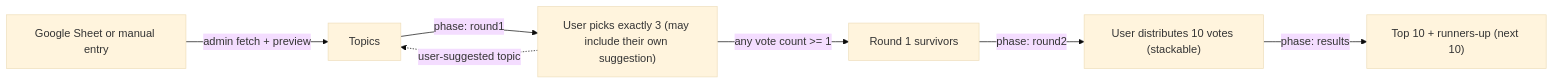
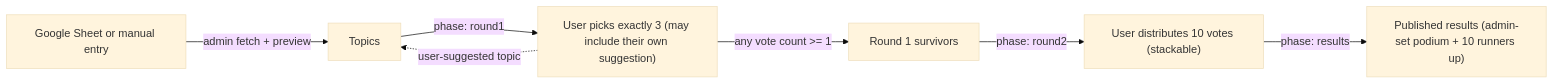
One commit to cgarren/music-league-voting changed the first of 2 diagrams in README.md. Above: the diagram before and after it, drawn with Mermaid (base theme). The commit also changed other lines of this file and 13 other files, not shown here.

````diff
--- a/README.md
+++ b/README.md
@@ -29,9 +31,9 @@
 ```mermaid
 flowchart LR
   Sheet[Google Sheet or manual entry] -->|admin fetch + preview| Topics
   R1Vote -.->|user-suggested topic| Topics
   Topics -->|phase: round1| R1Vote["User picks exactly 3 (may include their own suggestion)"]
   R1Vote -->|any vote count >= 1| Survivors[Round 1 survivors]
   Survivors -->|phase: round2| R2Vote["User distributes 10 votes (stackable)"]
-  R2Vote -->|phase: results| Top10["Top 10 + runners-up (next 10)"]
+  R2Vote -->|phase: results| Published["Published results (admin-set podium + 10 runners up)"]
 ```
````
